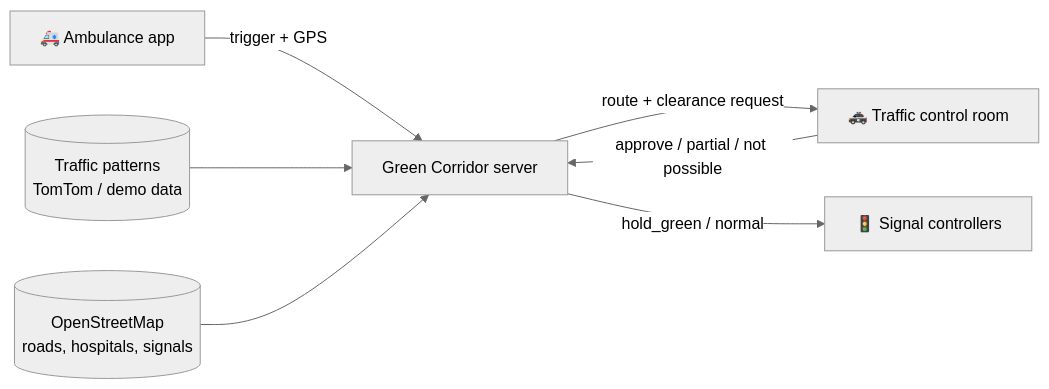
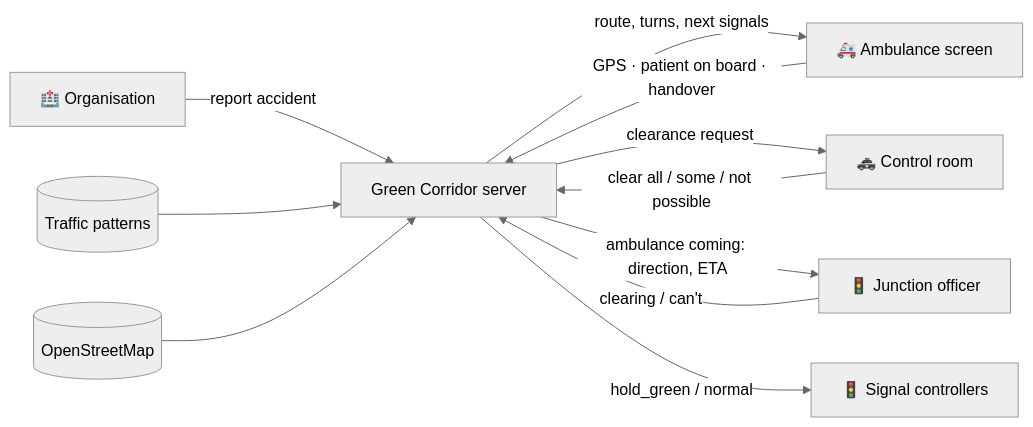
One commit to Pratyush1427/green-corridor changed the diagram in README.md. Above: the diagram before and after it, drawn with Mermaid (neutral theme). The commit also changed other lines of this file and 29 other files, not shown here.

````diff
--- a/README.md
+++ b/README.md
@@ -77,9 +95,13 @@
 ```mermaid
 flowchart LR
-    A[🚑 Ambulance app] -- "trigger + GPS" --> S[Green Corridor server]
-    S -- "route + clearance request" --> P[🚓 Traffic control room]
-    P -- "approve / partial / not possible" --> S
+    O[🏥 Organisation] -- "report accident" --> S[Green Corridor server]
+    S -- "route, turns, next signals" --> D[🚑 Ambulance screen]
+    D -- "GPS · patient on board · handover" --> S
+    S -- "clearance request" --> P[🚓 Control room]
+    P -- "clear all / some / not possible" --> S
+    S -- "ambulance coming: direction, ETA" --> J[🚦 Junction officer]
+    J -- "clearing / can't" --> S
     S -- "hold_green / normal" --> L[🚦 Signal controllers]
-    T[(Traffic patterns<br/>TomTom / demo data)] --> S
-    O[(OpenStreetMap<br/>roads, hospitals, signals)] --> S
+    T[(Traffic patterns)] --> S
+    M[(OpenStreetMap)] --> S
 ```
````
